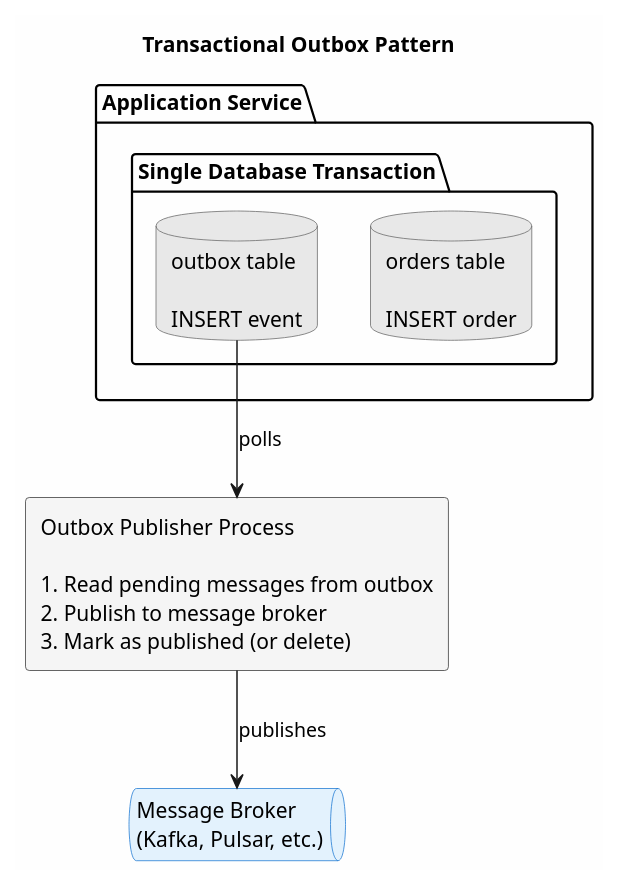
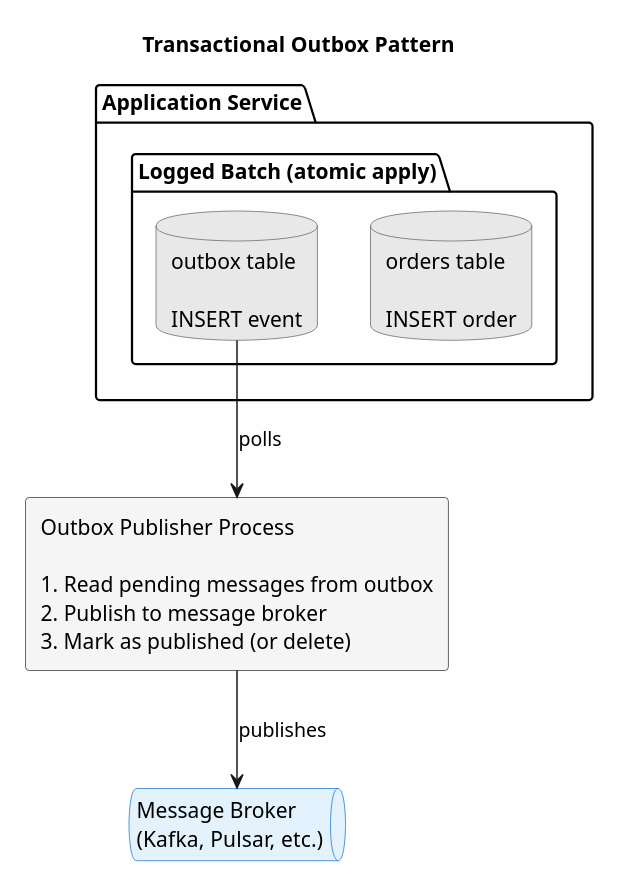
Before and after one commit to axonops/documentation: the second of 3 diagrams in docs/data-platforms/cassandra/application-development/patterns/outbox.md, drawn with PlantUML. The commit also changed other lines of this file and 262 other files, not shown here.

````diff
--- a/docs/data-platforms/cassandra/application-development/patterns/outbox.md
+++ b/docs/data-platforms/cassandra/application-development/patterns/outbox.md
@@ -106,33 +106,33 @@
 ```plantuml
 @startuml
 skinparam backgroundColor #FEFEFE
 skinparam rectangle {
     BackgroundColor #F5F5F5
     BorderColor #333333
 }
 skinparam database {
     BackgroundColor #E8E8E8
     BorderColor #666666
 }
 skinparam queue {
     BackgroundColor #E3F2FD
     BorderColor #1976D2
 }
 
 title Transactional Outbox Pattern
 
 package "Application Service" {
-    package "Single Database Transaction" {
+    package "Logged Batch (atomic apply)" {
         database "orders table\n\nINSERT order" as orders
         database "outbox table\n\nINSERT event" as outbox
     }
 }
 
 rectangle "Outbox Publisher Process\n\n1. Read pending messages from outbox\n2. Publish to message broker\n3. Mark as published (or delete)" as publisher
 
 queue "Message Broker\n(Kafka, Pulsar, etc.)" as broker
 
 outbox --> publisher : polls
 publisher --> broker : publishes
 @enduml
 ```
````
